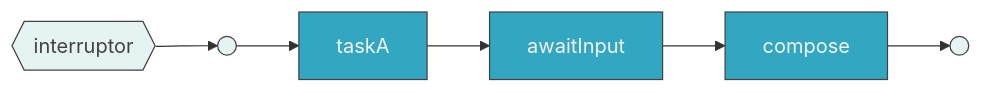
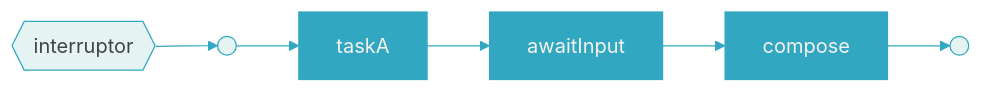
The diagram in verify/interruptflow/INTERRUPTOR.mmd (bhardwajRahul/fabric), drawn with Mermaid before and after one commit. The commit also changed 171 other files, not shown here.

```diff
--- a/verify/interruptflow/INTERRUPTOR.mmd
+++ b/verify/interruptflow/INTERRUPTOR.mmd
@@ -1,10 +1,14 @@
+%%{init: {'themeVariables': {'lineColor': '#32a7c1', 'edgeLabelBackground': '#e5f4f3', 'textColor': '#434343', 'titleColor': '#32a7c1', 'clusterTextColor': '#32a7c1'}}}%%
 graph LR
-    classDef task fill:#32a7c1,color:#f4f2ef,stroke:#434343
-    classDef sub fill:#ed2e92,color:#f4f2ef,stroke:#434343
-    classDef term fill:#e5f4f3,color:#434343,stroke:#434343
+    classDef task fill:#32a7c1,color:#f4f2ef,stroke:#32a7c1
+    classDef sub fill:#ed2e92,color:#f4f2ef,stroke:#ed2e92
+    classDef term fill:#e5f4f3,color:#434343,stroke:#32a7c1
 
     _title{{"interruptor"}}:::term --> _start
-    _start(( )):::term --> t0["taskA"]:::task
-    t0 --> t1["awaitInput"]:::task
-    t1 --> t2["compose"]:::task
+    _start(( )):::term --> t0
+    t0["taskA"]:::task
+    t1["awaitInput"]:::task
+    t2["compose"]:::task
+    t0 --> t1
+    t1 --> t2
     t2 --> _end(( )):::term
```
